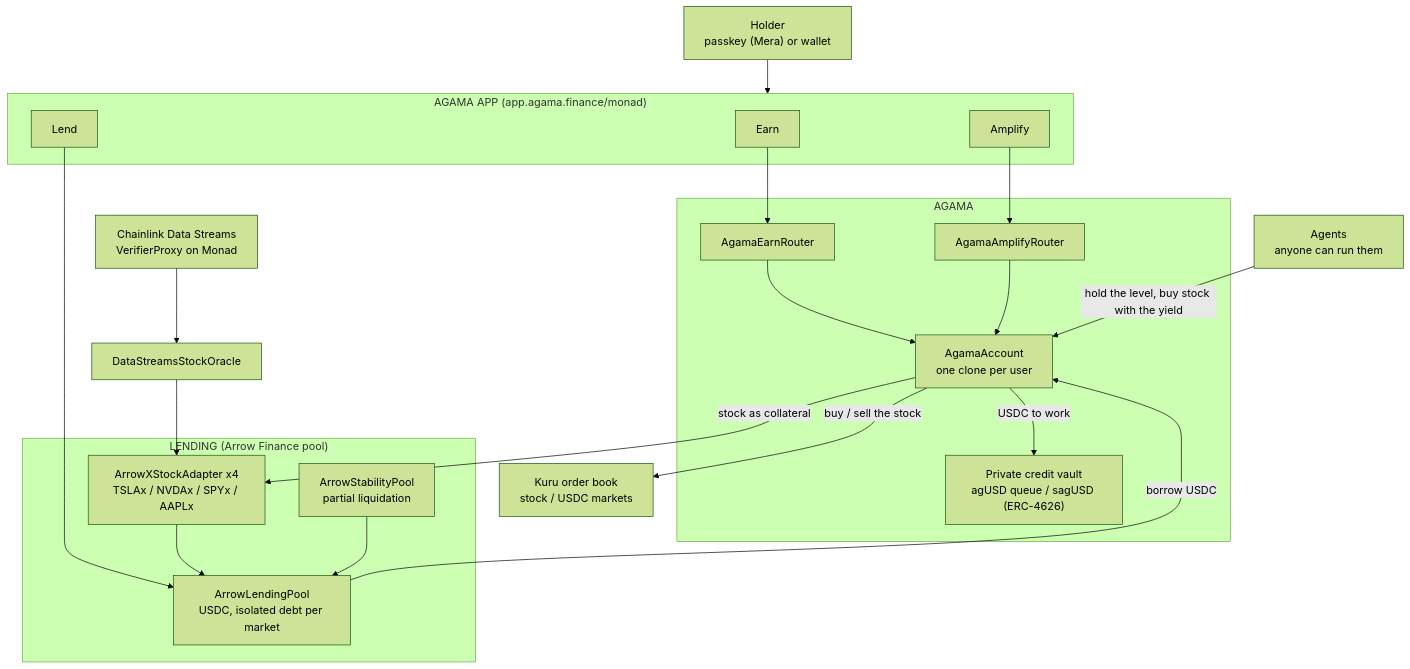
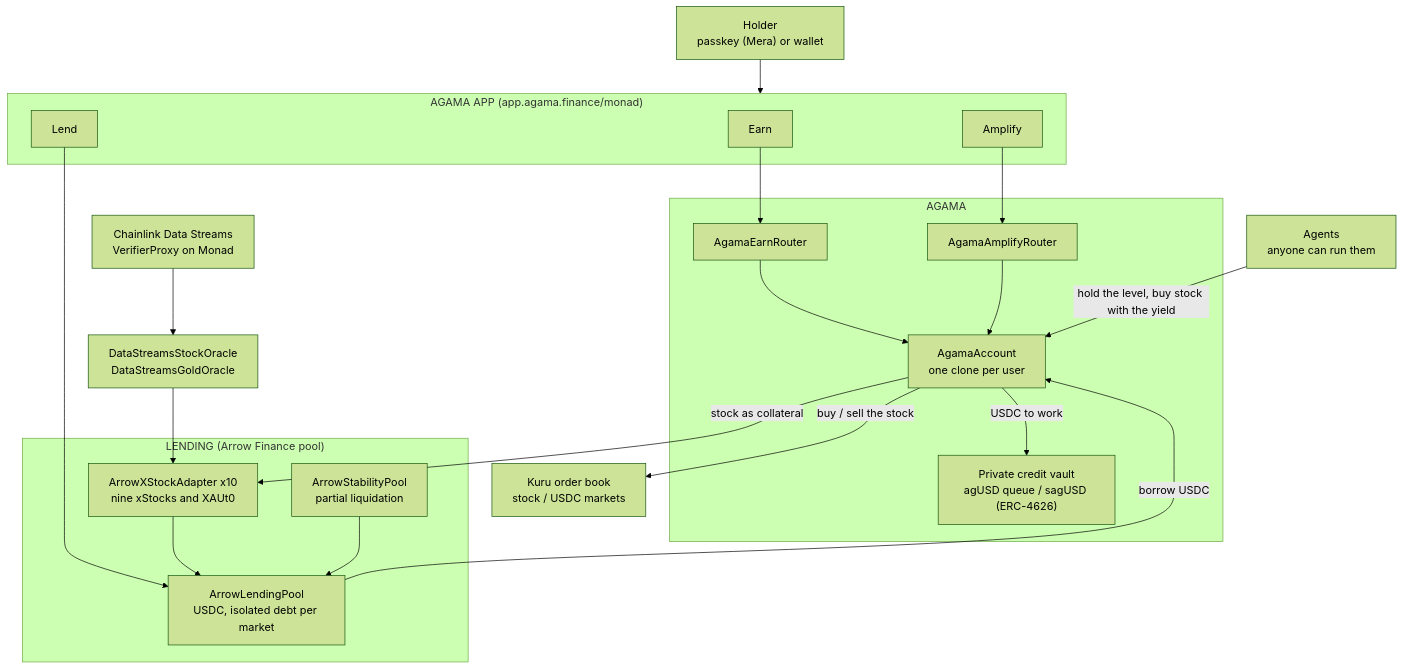
Before and after one commit to agamafinance/agama-monad: the diagram in README.md, drawn with Mermaid (forest theme). The commit also changed other lines of this file, not shown here.

Commit message:
docs: ten markets, the gold oracle, the live check on testnet

````diff
--- a/README.md
+++ b/README.md
@@ -87,36 +105,36 @@
 ```mermaid
 flowchart TB
     USER["Holder<br/>passkey (Mera) or wallet"]
     subgraph app["AGAMA APP (app.agama.finance/monad)"]
         EARN["Earn"]
         AMP["Amplify"]
         LEND["Lend"]
     end
     subgraph agama["AGAMA"]
         ER["AgamaEarnRouter"]
         AR["AgamaAmplifyRouter"]
         AC["AgamaAccount<br/>one clone per user"]
         VAULT["Private credit vault<br/>agUSD queue / sagUSD (ERC-4626)"]
     end
     subgraph arrow["LENDING (Arrow Finance pool)"]
         POOL["ArrowLendingPool<br/>USDC, isolated debt per market"]
-        XA["ArrowXStockAdapter x4<br/>TSLAx / NVDAx / SPYx / AAPLx"]
+        XA["ArrowXStockAdapter x10<br/>nine xStocks and XAUt0"]
         SP["ArrowStabilityPool<br/>partial liquidation"]
     end
     KURU["Kuru order book<br/>stock / USDC markets"]
-    ORACLE["DataStreamsStockOracle"]
+    ORACLE["DataStreamsStockOracle<br/>DataStreamsGoldOracle"]
     CL["Chainlink Data Streams<br/>VerifierProxy on Monad"]
     AGENTS["Agents<br/>anyone can run them"]
 
     USER --> app
     EARN --> ER --> AC
     AMP --> AR --> AC
     LEND --> POOL
     AC -->|"stock as collateral"| XA --> POOL
     POOL -->|"borrow USDC"| AC
     AC -->|"USDC to work"| VAULT
     AC -->|"buy / sell the stock"| KURU
     SP --> POOL
     AGENTS -->|"hold the level, buy stock with the yield"| AC
     CL --> ORACLE --> XA
 ```
````
